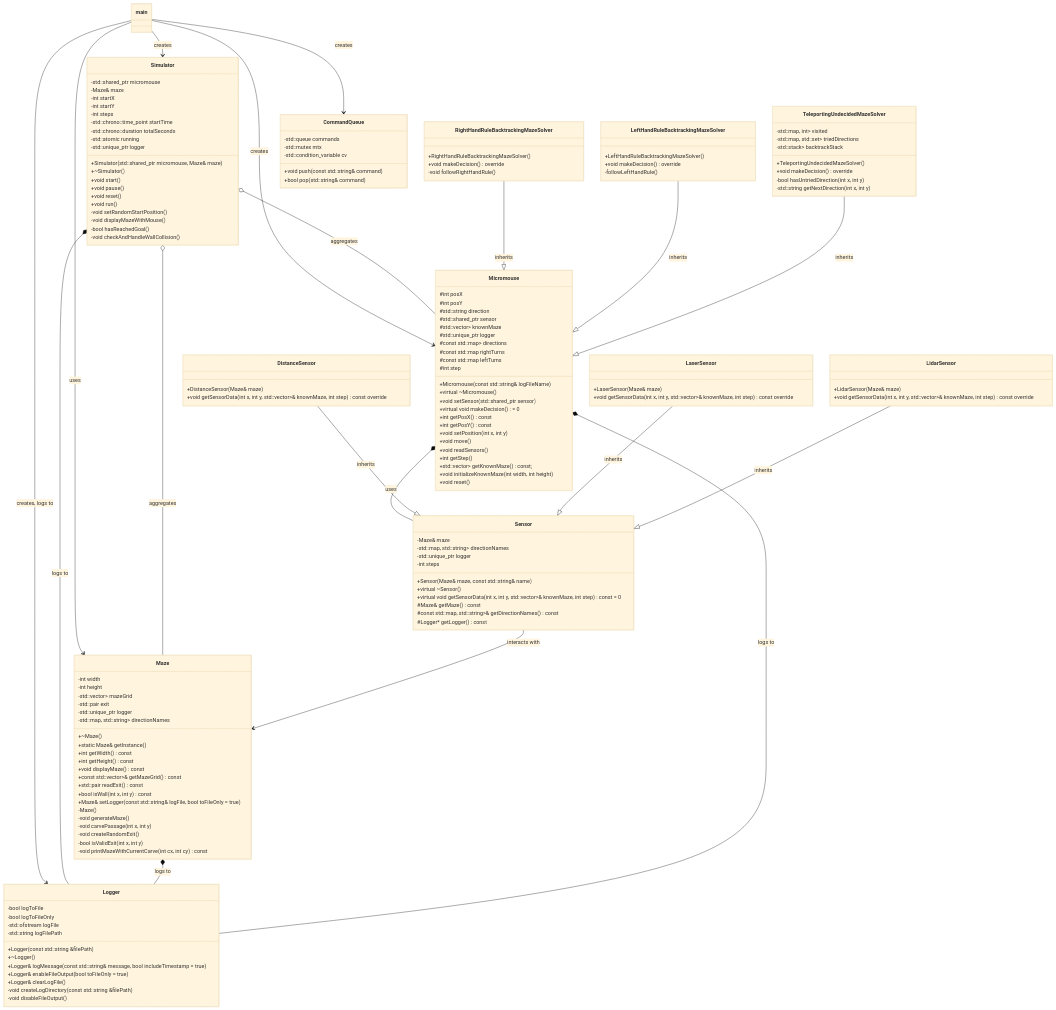
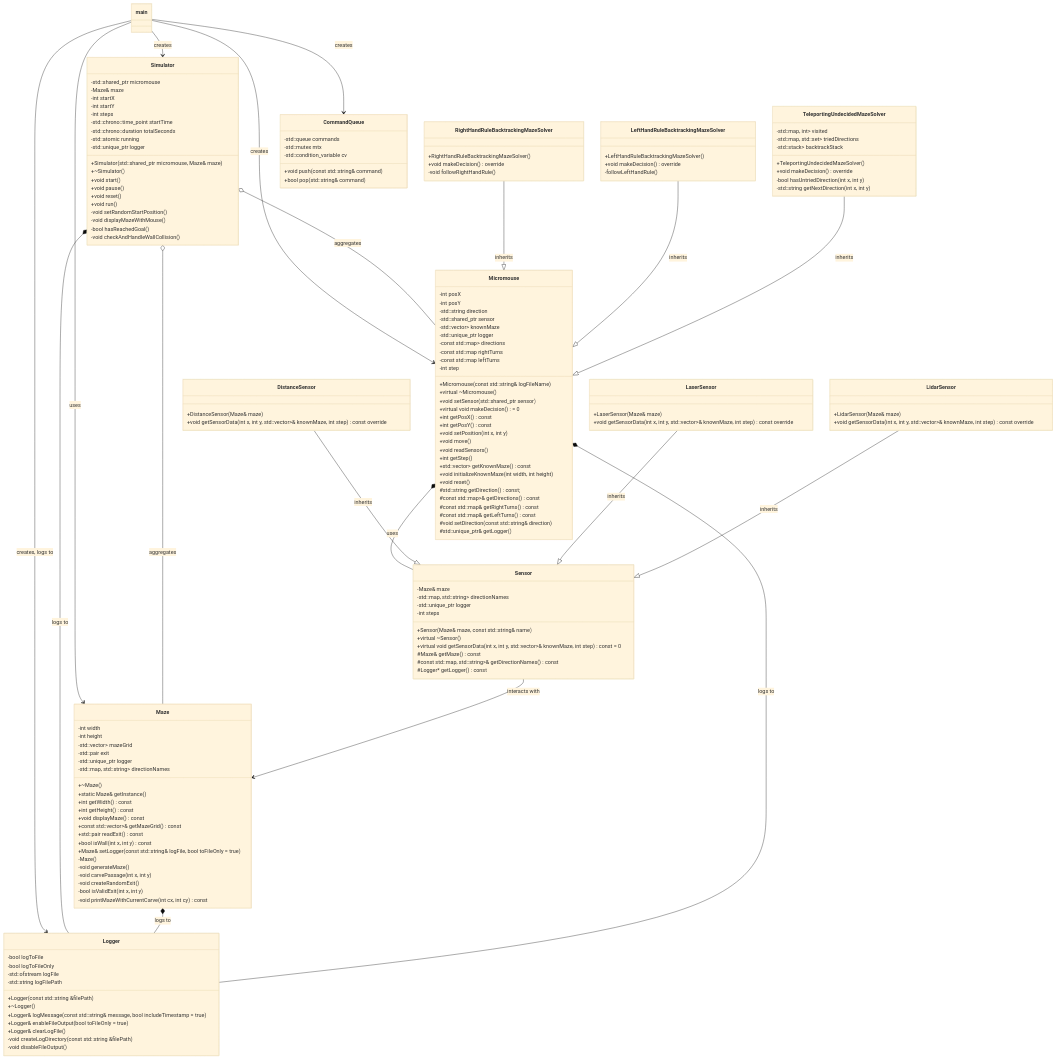
One commit to Gl0dny/micromouse-simulator changed the diagram in README.md. Above: the diagram before and after it, drawn with Mermaid (base theme). The commit also changed other lines of this file and 2 other files, not shown here.

Commit message:
protected fields -> private fields + getters - Micromouse

```diff
--- a/README.md
+++ b/README.md
@@ -265,19 +262,25 @@
         +void move()
         +void readSensors()
         +int getStep()
-        +std::vector<std::vector<int>> getKnownMaze() const;
+        +std::vector<std::vector<int>> getKnownMaze() const
         +void initializeKnownMaze(int width, int height)
         +void reset()
-        #int posX
-        #int posY
-        #std::string direction
-        #std::shared_ptr<Sensor> sensor
-        #std::vector<std::vector<int>> knownMaze
-        #std::unique_ptr<Logger> logger
-        #const std::map<std::string, std::pair<int, int>> directions 
-        #const std::map<std::string, std::string> rightTurns
-        #const std::map<std::string, std::string> leftTurns
-        #int step
+        #std::string getDirection() const;
+        #const std::map<std::string, std::pair<int, int>>& getDirections() const
+        #const std::map<std::string, std::string>& getRightTurns() const
+        #const std::map<std::string, std::string>& getLeftTurns() const
+        #void setDirection(const std::string& direction)
+        #std::unique_ptr<Logger>& getLogger()
+        -int posX
+        -int posY
+        -std::string direction
+        -std::shared_ptr<Sensor> sensor
+        -std::vector<std::vector<int>> knownMaze
+        -std::unique_ptr<Logger> logger
+        -const std::map<std::string, std::pair<int, int>> directions 
+        -const std::map<std::string, std::string> rightTurns
+        -const std::map<std::string, std::string> leftTurns
+        -int step
     }
     
     class Sensor {
```
